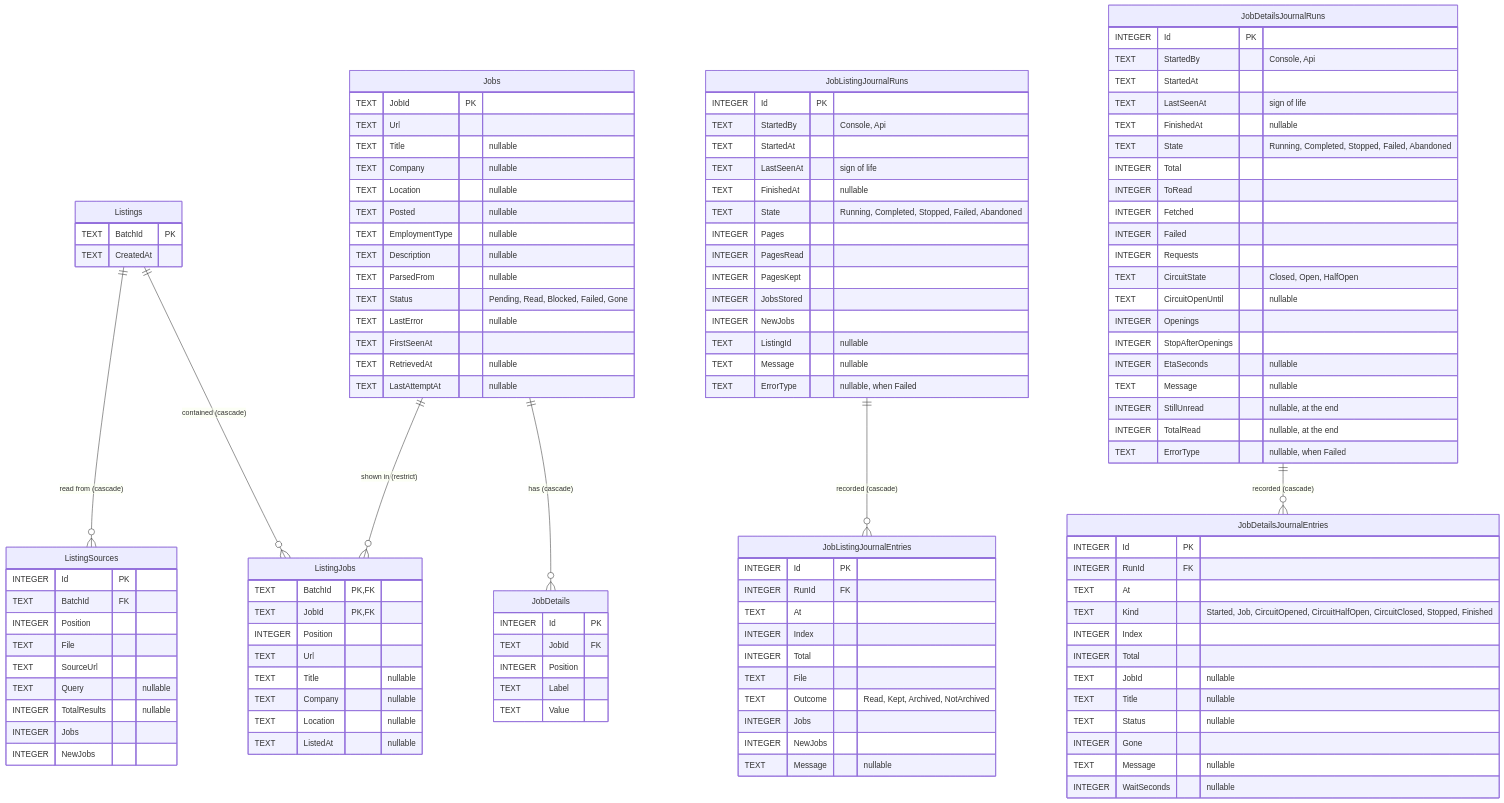
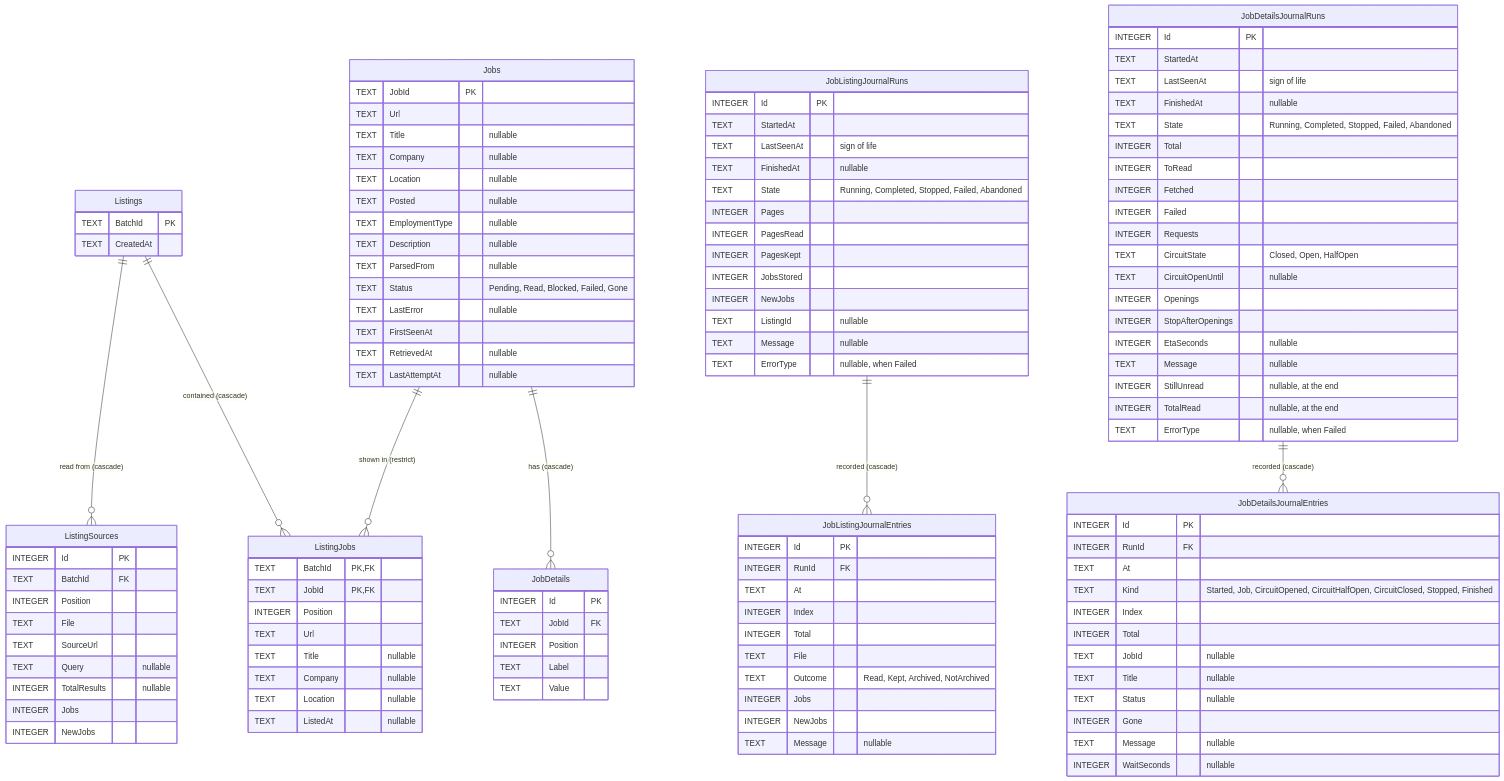
Before and after one commit to VDanielV/job-fetch-probe: the diagram in docs/database.md, drawn with Mermaid. The commit also changed other lines of this file and 60 other files, not shown here.

```diff
--- a/docs/database.md
+++ b/docs/database.md
@@ -102,7 +103,6 @@
     }
     JobListingJournalRuns {
         INTEGER Id PK
-        TEXT StartedBy "Console, Api"
         TEXT StartedAt
         TEXT LastSeenAt "sign of life"
         TEXT FinishedAt "nullable"
@@ -130,7 +130,6 @@
     }
     JobDetailsJournalRuns {
         INTEGER Id PK
-        TEXT StartedBy "Console, Api"
         TEXT StartedAt
         TEXT LastSeenAt "sign of life"
         TEXT FinishedAt "nullable"
```
